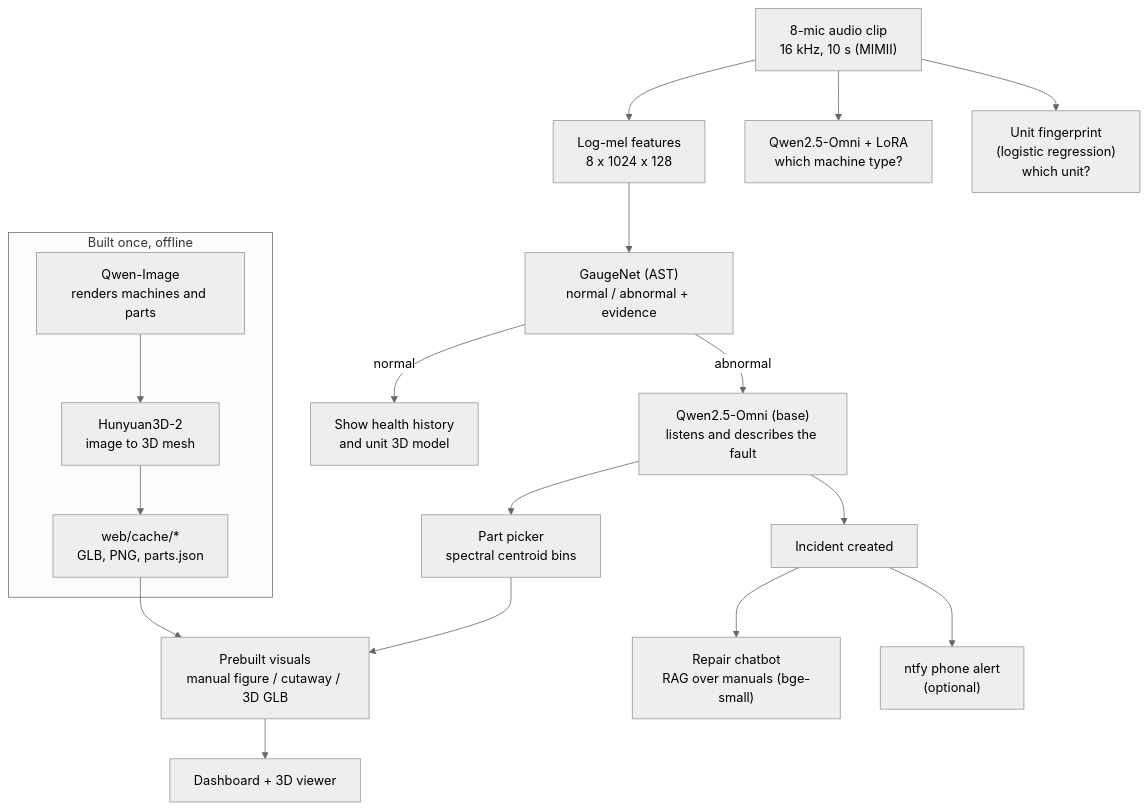
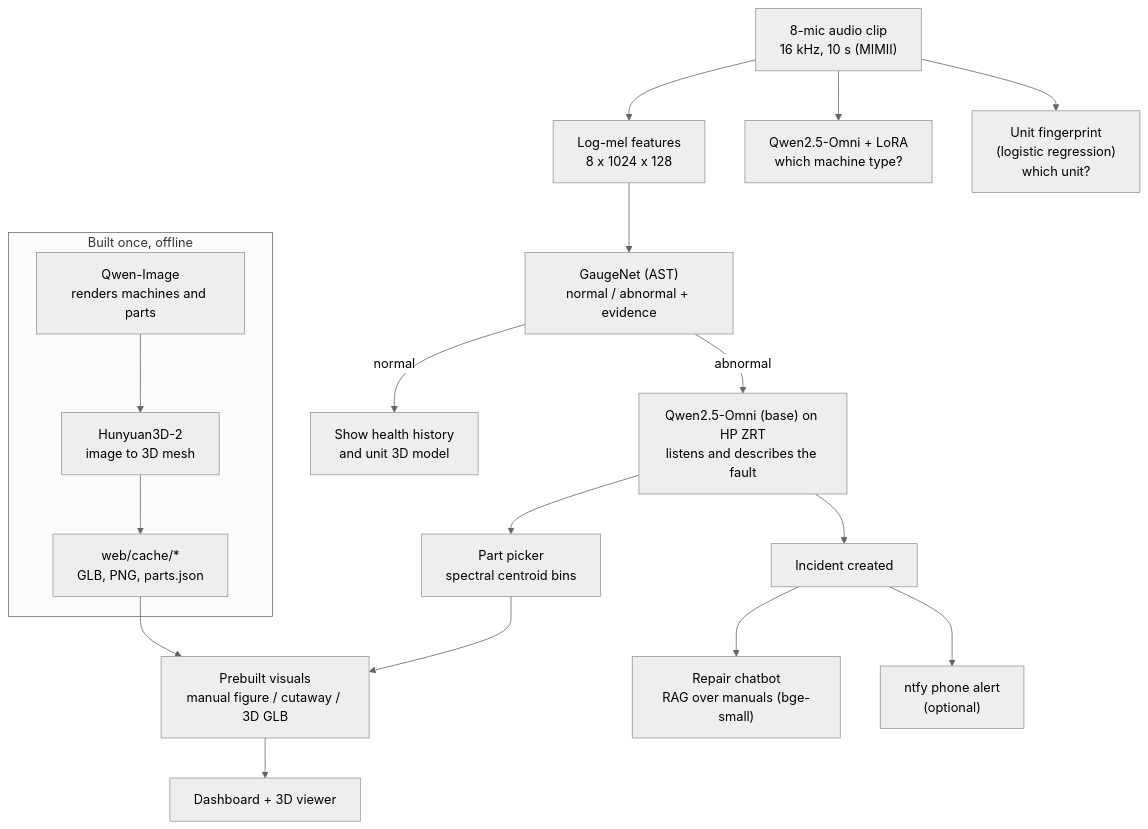
Before and after one commit to siliconsquad6/gauge-acoustic-diagnostics: the diagram in README.md, drawn with Mermaid (neutral theme). The commit also changed other lines of this file, not shown here.

````diff
--- a/README.md
+++ b/README.md
@@ -47,21 +47,21 @@
 ```mermaid
 flowchart TD
     A["8-mic audio clip<br/>16 kHz, 10 s (MIMII)"] --> B["Log-mel features<br/>8 x 1024 x 128"]
     B --> C["GaugeNet (AST)<br/>normal / abnormal + evidence"]
     A --> D["Qwen2.5-Omni + LoRA<br/>which machine type?"]
     A --> E["Unit fingerprint<br/>(logistic regression)<br/>which unit?"]
     C -->|normal| N["Show health history<br/>and unit 3D model"]
-    C -->|abnormal| F["Qwen2.5-Omni (base)<br/>listens and describes the fault"]
+    C -->|abnormal| F["Qwen2.5-Omni (base) on HP ZRT<br/>listens and describes the fault"]
     F --> G["Part picker<br/>spectral centroid bins"]
     G --> H["Prebuilt visuals<br/>manual figure / cutaway / 3D GLB"]
     H --> I["Dashboard + 3D viewer"]
     F --> J["Incident created"]
     J --> K["Repair chatbot<br/>RAG over manuals (bge-small)"]
     J --> L["ntfy phone alert<br/>(optional)"]
 
     subgraph OFFLINE["Built once, offline"]
         Q["Qwen-Image<br/>renders machines and parts"] --> R["Hunyuan3D-2<br/>image to 3D mesh"]
         R --> S["web/cache/*<br/>GLB, PNG, parts.json"]
     end
     S --> H
 ```
````
